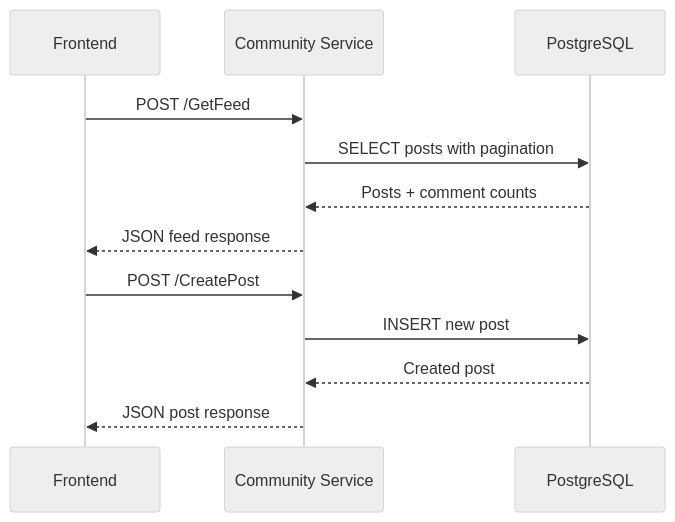
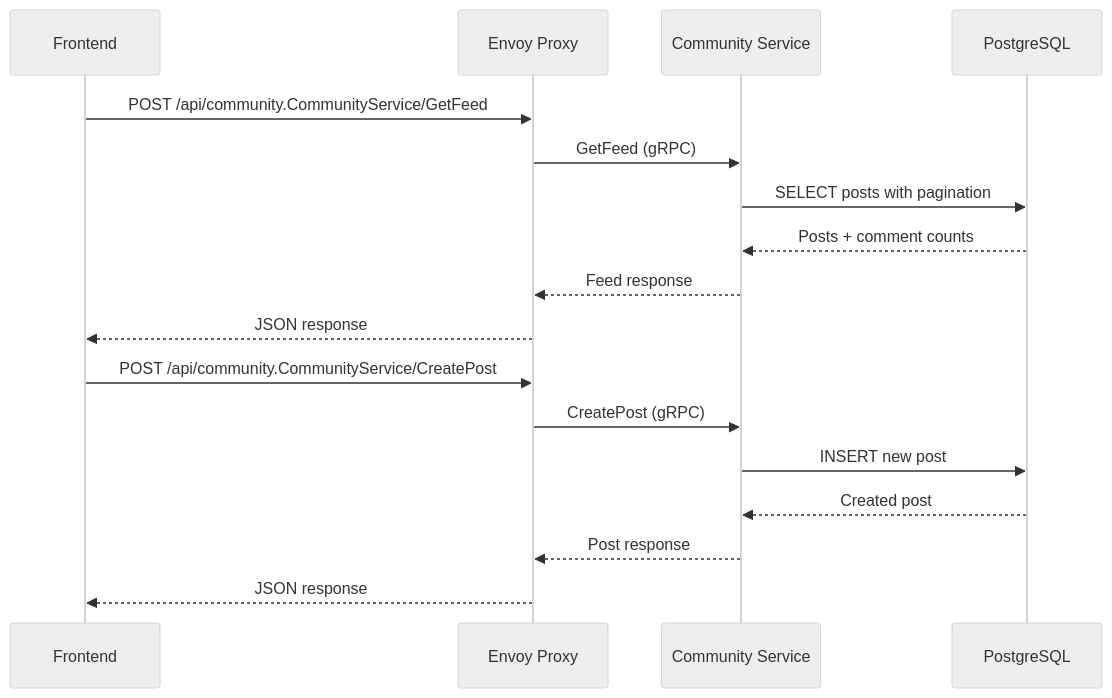
The sixth of 9 diagrams in ARCHITECTURE.md (vanillaturtlechips/pawfiler4), drawn with Mermaid (neutral theme) before and after one commit. The commit also changed other lines of this file and 3 other files, not shown here.

````diff
--- a/ARCHITECTURE.md
+++ b/ARCHITECTURE.md
@@ -194,16 +173,21 @@
 ```mermaid
 sequenceDiagram
     participant F as Frontend
+    participant E as Envoy Proxy
     participant CS as Community Service
     participant DB as PostgreSQL
 
-    F->>CS: POST /GetFeed
+    F->>E: POST /api/community.CommunityService/GetFeed
+    E->>CS: GetFeed (gRPC)
     CS->>DB: SELECT posts with pagination
     DB-->>CS: Posts + comment counts
-    CS-->>F: JSON feed response
+    CS-->>E: Feed response
+    E-->>F: JSON response
     
-    F->>CS: POST /CreatePost
+    F->>E: POST /api/community.CommunityService/CreatePost
+    E->>CS: CreatePost (gRPC)
     CS->>DB: INSERT new post
     DB-->>CS: Created post
-    CS-->>F: JSON post response
+    CS-->>E: Post response
+    E-->>F: JSON response
 ```
````
